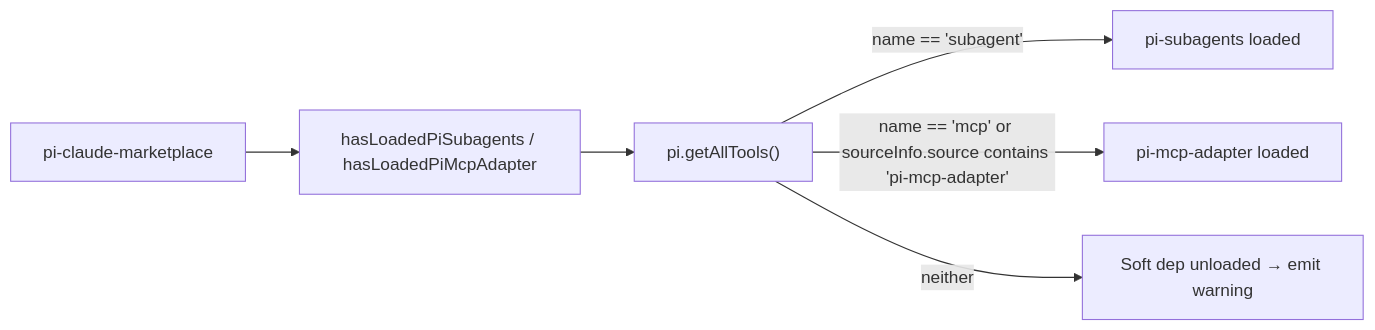
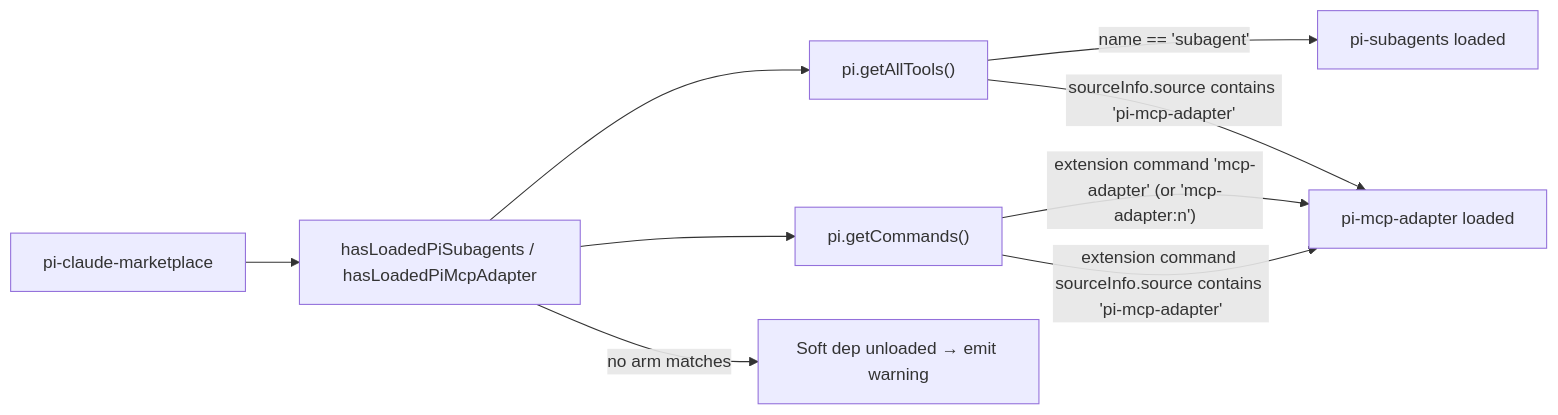
Before and after one commit to acolomba/pi-claude-marketplace: diagram 18 of 18 in docs/prd/pi-claude-marketplace-prd.md, drawn with Mermaid. The commit also changed other lines of this file and 555 other files, not shown here.

First line of the commit message:
feat(mcp)!: move plugin MCP servers to pi-mcp-adapter 5 on Pi 1.0 (#250)

````diff
--- a/docs/prd/pi-claude-marketplace-prd.md
+++ b/docs/prd/pi-claude-marketplace-prd.md
@@ -1020,8 +1027,11 @@
 ```mermaid
 flowchart LR
   ext[pi-claude-marketplace] --> probe[hasLoadedPiSubagents / hasLoadedPiMcpAdapter]
   probe --> tools["pi.getAllTools()"]
+  probe --> commands["pi.getCommands()"]
   tools -- "name == 'subagent'" --> sa[pi-subagents loaded]
-  tools -- "name == 'mcp' or sourceInfo.source contains 'pi-mcp-adapter'" --> mc[pi-mcp-adapter loaded]
-  tools -- "neither" --> none[Soft dep unloaded → emit warning]
+  commands -- "extension command 'mcp-adapter' (or 'mcp-adapter:n')" --> mc[pi-mcp-adapter loaded]
+  commands -- "extension command sourceInfo.source contains 'pi-mcp-adapter'" --> mc
+  tools -- "sourceInfo.source contains 'pi-mcp-adapter'" --> mc
+  probe -- "no arm matches" --> none[Soft dep unloaded → emit warning]
 ```
````
